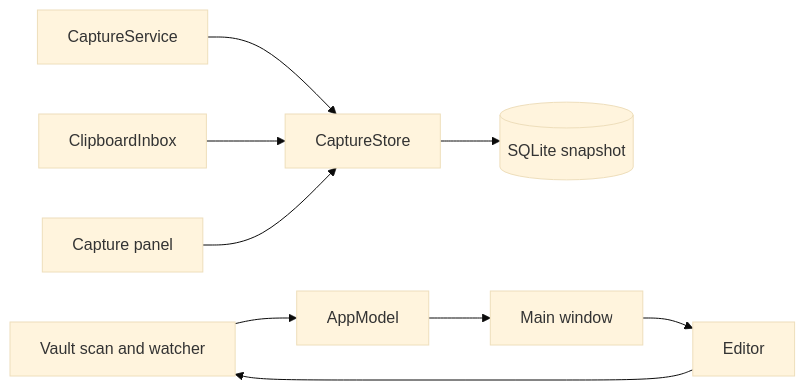
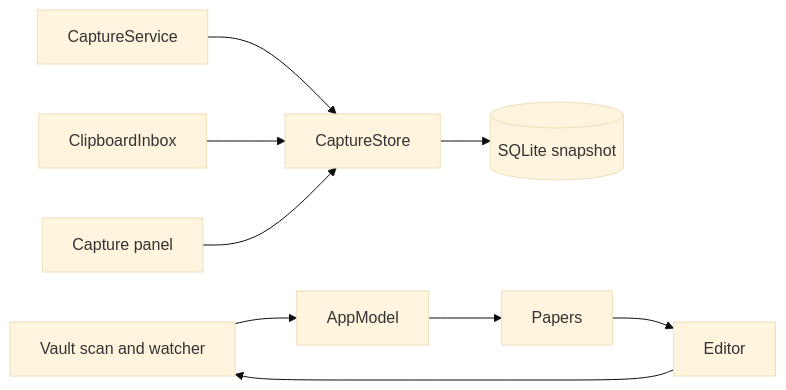
The diagram in docs/internals/architecture.md (sonnes/piper), drawn with Mermaid (base theme) before and after one commit. The commit also changed other lines of this file and 15 other files, not shown here.

````diff
--- a/docs/internals/architecture.md
+++ b/docs/internals/architecture.md
@@ -14,10 +14,10 @@
 ```mermaid
 flowchart LR
     CS[CaptureService] --> S[CaptureStore]
     CB[ClipboardInbox] --> S
     P[Capture panel] --> S
     S --> D[(SQLite snapshot)]
     V[Vault scan and watcher] --> M[AppModel]
-    M --> W[Main window]
+    M --> W[Papers]
     W --> ED[Editor] --> V
 ```
````
